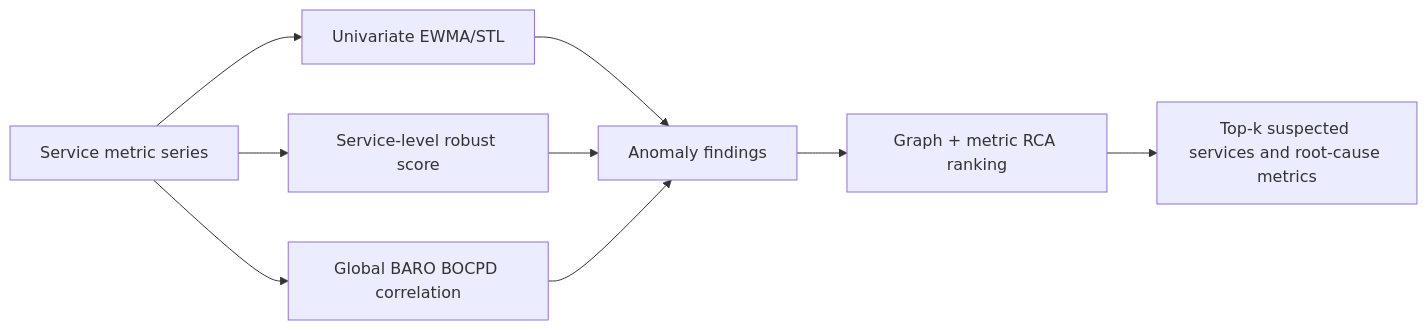
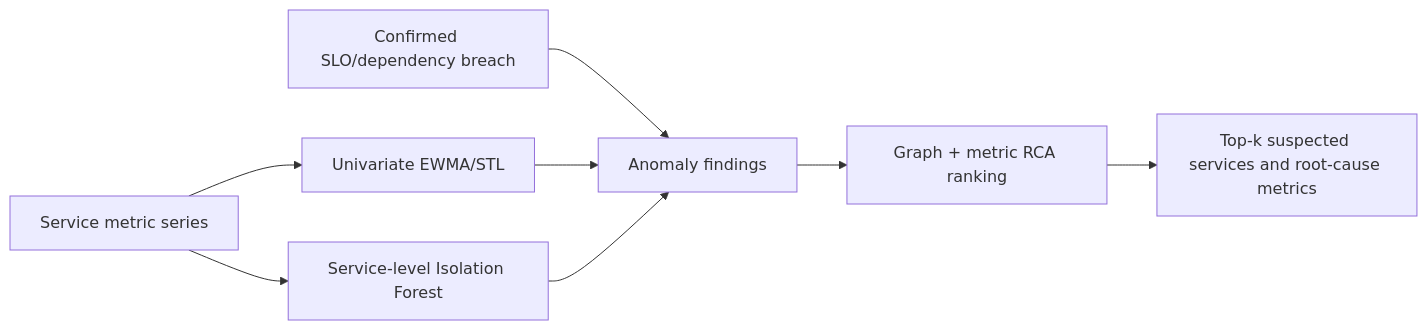
One commit to tf2-team/tf2-corp-platform changed the first of 2 diagrams in src/aio/docs/mandates/MANDATE-07-jira-tickets.md. Above: the diagram before and after it, drawn with Mermaid. The commit also changed other lines of this file and 51 other files, not shown here.

````diff
--- a/src/aio/docs/mandates/MANDATE-07-jira-tickets.md
+++ b/src/aio/docs/mandates/MANDATE-07-jira-tickets.md
@@ -91,11 +91,10 @@
 ```mermaid
 graph LR
     A["Service metric series"] --> B["Univariate EWMA/STL"]
-    A --> C["Service-level robust score"]
-    A --> D["Global BARO BOCPD correlation"]
+    A --> C["Service-level Isolation Forest"]
+    D["Confirmed SLO/dependency breach"] --> E
     B --> E["Anomaly findings"]
     C --> E
-    D --> E
     E --> F["Graph + metric RCA ranking"]
     F --> G["Top-k suspected services and root-cause metrics"]
 ```
````
